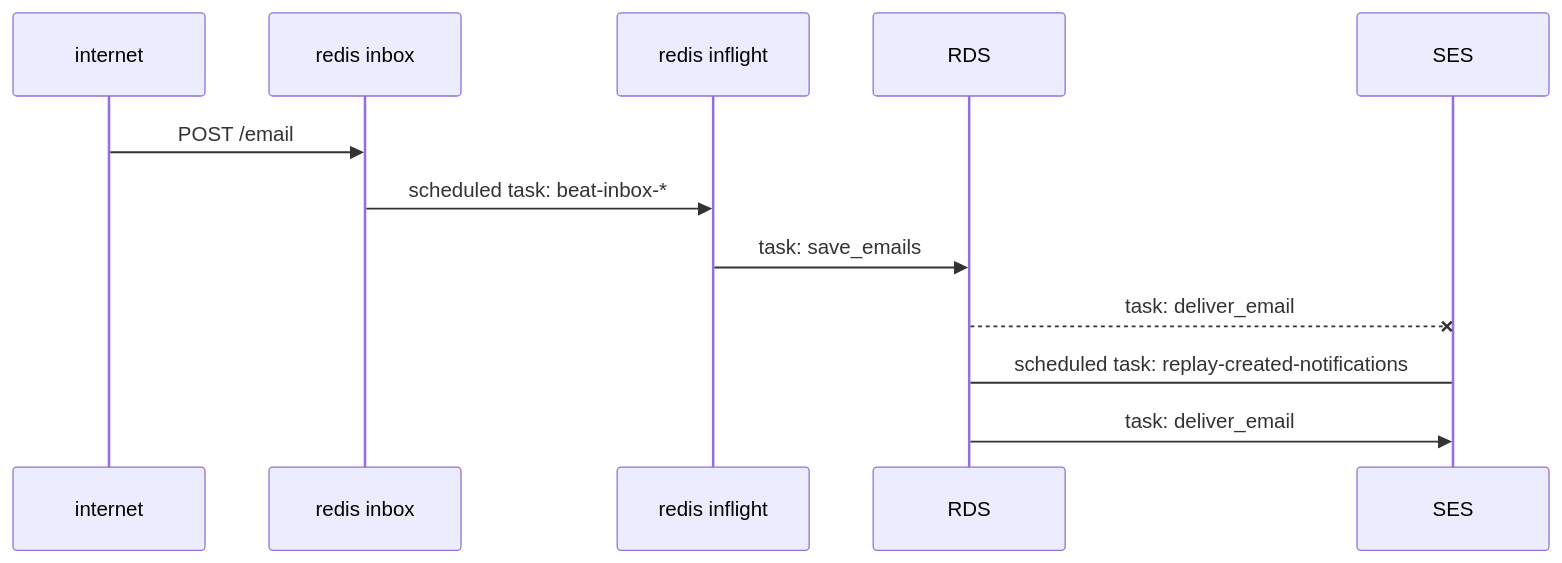
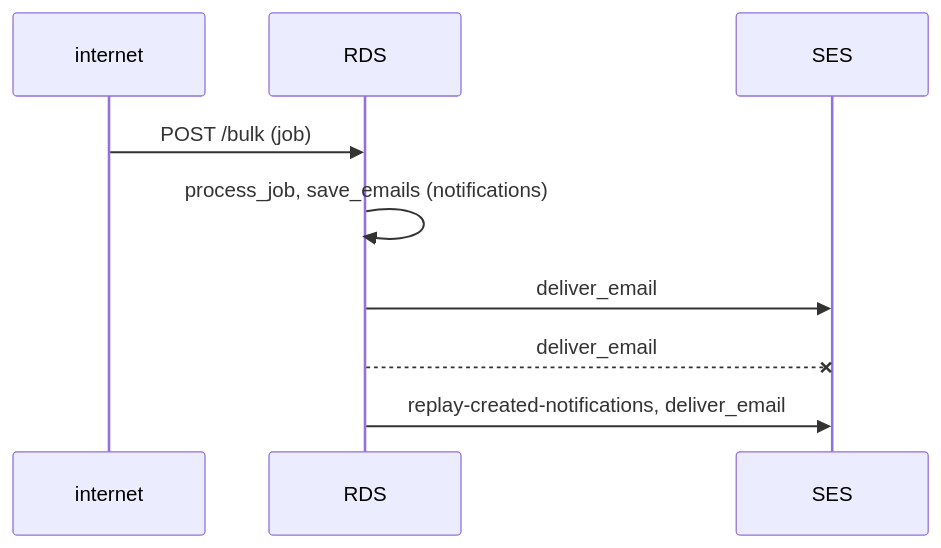
Before and after one commit to cds-snc/notification-api: the sixth of 6 diagrams in DATAFLOW.md, drawn with Mermaid. The commit also changed other lines of this file, not shown here.

Commit message:
add bulk

````diff
--- a/DATAFLOW.md
+++ b/DATAFLOW.md
@@ -41,16 +89,13 @@
 ```mermaid
     sequenceDiagram
     
     participant internet
-    participant redis inbox
-    participant redis inflight
     participant RDS
     participant SES
 
-    internet ->> redis inbox: POST /email
-    redis inbox ->> redis inflight: scheduled task: beat-inbox-*
-    redis inflight ->> RDS: task: save_emails
-    RDS --x SES: task: deliver_email
-    RDS -> SES: scheduled task: replay-created-notifications
-        RDS ->> SES: task: deliver_email
+    internet ->> RDS: POST /bulk (job)
+    RDS ->> RDS: process_job, save_emails (notifications)
+    RDS ->> SES: deliver_email
+    RDS --x SES: deliver_email
+    RDS ->> SES: replay-created-notifications, deliver_email
 ```
````
